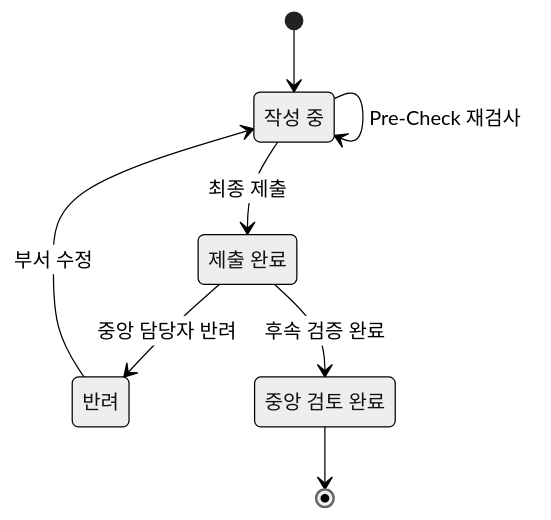
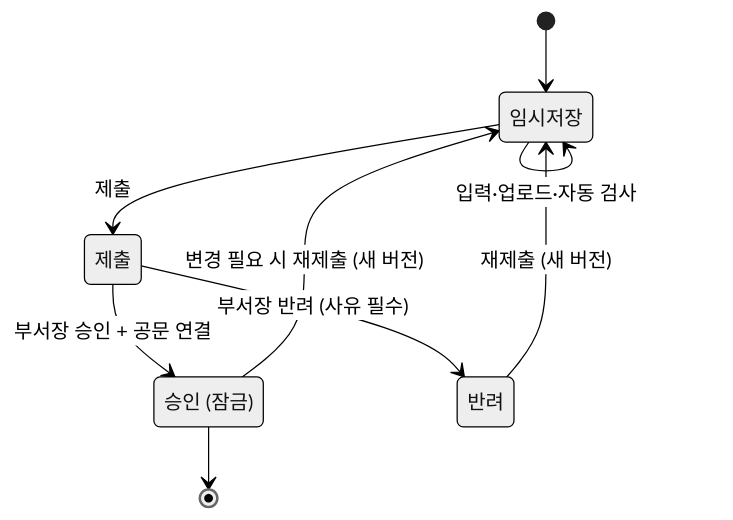
Diagram 15 of 15 in docs/ARCHITECTURE.md (YC-CapstoneDesign-5/.github), drawn with Mermaid (neutral theme) before and after one commit. The commit also changed other lines of this file and 7 other files, not shown here.

````diff
--- a/docs/ARCHITECTURE.md
+++ b/docs/ARCHITECTURE.md
@@ -404,14 +573,15 @@
 ```mermaid
 stateDiagram-v2
-    state "작성 중" as Draft
-    state "제출 완료" as Submitted
+    state "임시저장" as Draft
+    state "제출" as Submitted
+    state "승인 (잠금)" as Approved
     state "반려" as Rejected
-    state "중앙 검토 완료" as Reviewed
     [*] --> Draft
-    Draft --> Draft: Pre-Check 재검사
-    Draft --> Submitted: 최종 제출
-    Submitted --> Rejected: 중앙 담당자 반려
-    Rejected --> Draft: 부서 수정
-    Submitted --> Reviewed: 후속 검증 완료
-    Reviewed --> [*]
+    Draft --> Draft: 입력·업로드·자동 검사
+    Draft --> Submitted: 제출
+    Submitted --> Approved: 부서장 승인 + 공문 연결
+    Submitted --> Rejected: 부서장 반려 (사유 필수)
+    Rejected --> Draft: 재제출 (새 버전)
+    Approved --> Draft: 변경 필요 시 재제출 (새 버전)
+    Approved --> [*]
 ```
````
